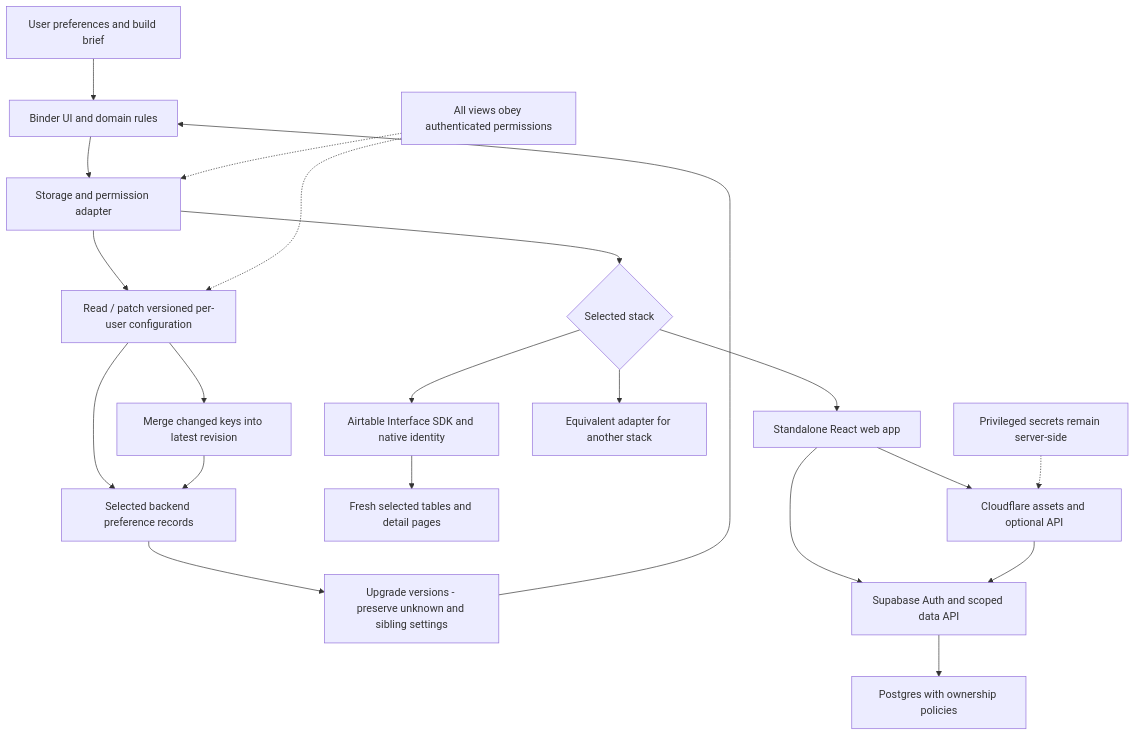
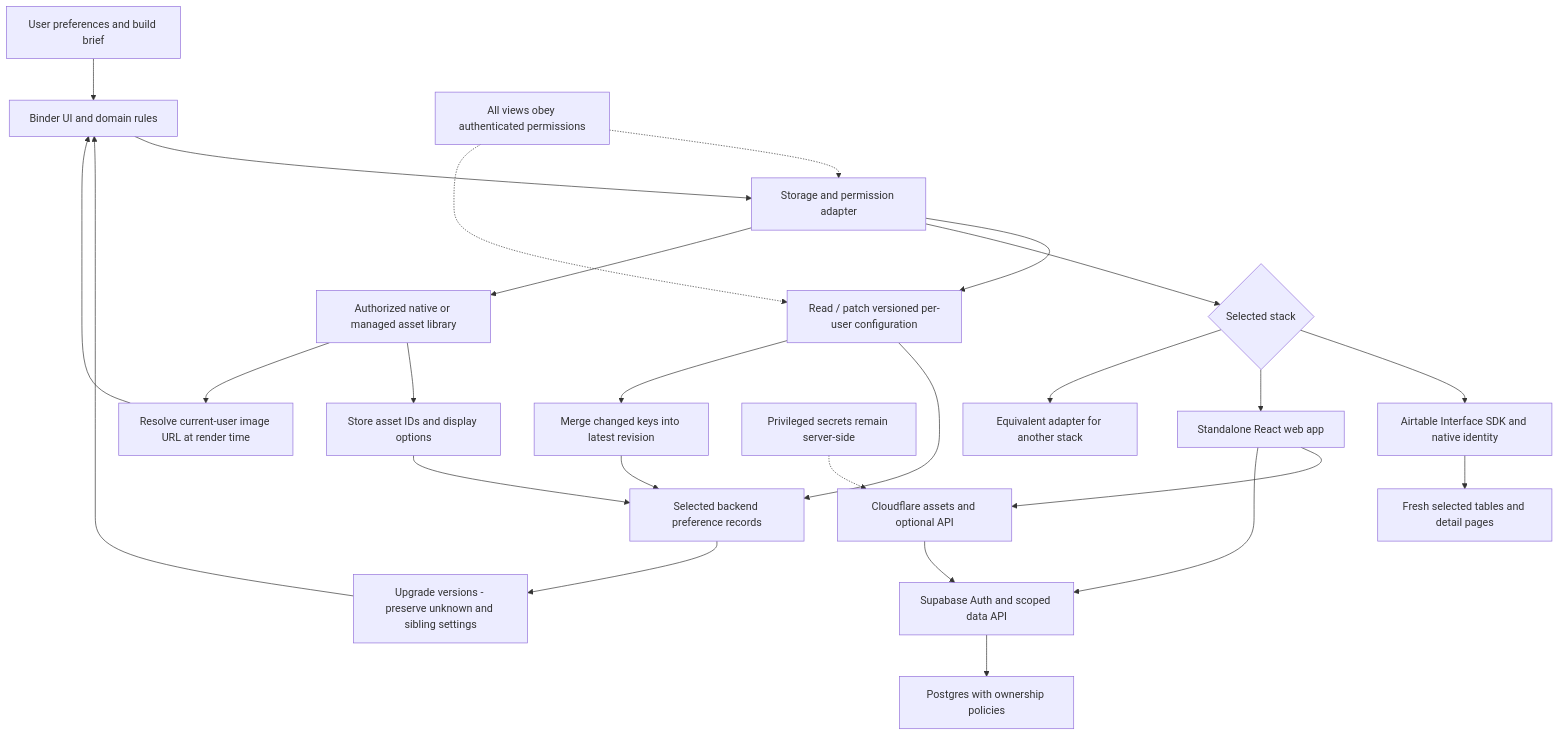
The diagram in diagrams/06-architecture.mmd (asymetryk/trapper-keeper-starter), drawn with Mermaid before and after one commit. The commit also changed 37 other files, not shown here.

```diff
--- a/diagrams/06-architecture.mmd
+++ b/diagrams/06-architecture.mmd
@@ -1,21 +1,26 @@
 flowchart TB
   P[User preferences and build brief] --> UI[Binder UI and domain rules]
   UI --> Contract[Storage and permission adapter]
   Contract --> Config[Read / patch versioned per-user configuration]
   Config --> Store[Selected backend preference records]
   Store --> Upgrade[Upgrade versions - preserve unknown and sibling settings]
   Upgrade --> UI
   Config --> Revision[Merge changed keys into latest revision]
   Revision --> Store
   Contract --> Choice{Selected stack}
   Choice --> A[Airtable Interface SDK and native identity]
   A --> AT[Fresh selected tables and detail pages]
   Choice --> Web[Standalone React web app]
   Web --> CF[Cloudflare assets and optional API]
   Web --> S[Supabase Auth and scoped data API]
   CF --> S
   S --> DB[Postgres with ownership policies]
   Choice --> Other[Equivalent adapter for another stack]
   Secrets[Privileged secrets remain server-side] -.-> CF
   Auth[All views obey authenticated permissions] -.-> Contract
   Auth -.-> Config
+  Contract --> Assets[Authorized native or managed asset library]
+  Assets --> IDs[Store asset IDs and display options]
+  IDs --> Store
+  Assets --> Resolve[Resolve current-user image URL at render time]
+  Resolve --> UI
```
